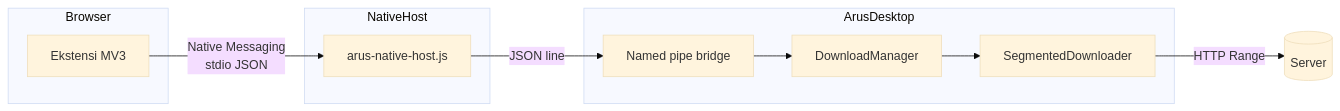
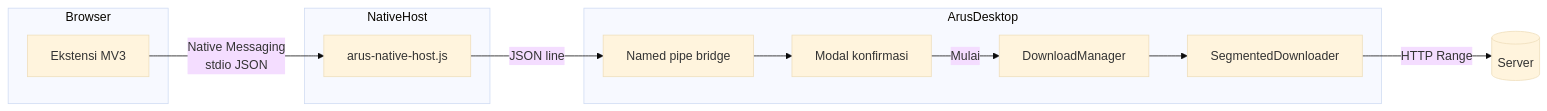
One commit to wahid2511/arus changed the diagram in README.md. Above: the diagram before and after it, drawn with Mermaid (base theme). The commit also changed other lines of this file and 13 other files, not shown here.

````diff
--- a/README.md
+++ b/README.md
@@ -57,22 +57,24 @@
 ```mermaid
 flowchart LR
   subgraph Browser
     EXT[Ekstensi MV3]
   end
 
   subgraph NativeHost
     HOST[arus-native-host.js]
   end
 
   subgraph ArusDesktop
     PIPE[Named pipe bridge]
+    PROMPT[Modal konfirmasi]
     DM[DownloadManager]
     SD[SegmentedDownloader]
   end
 
   EXT -->|Native Messaging<br/>stdio JSON| HOST
   HOST -->|JSON line| PIPE
-  PIPE --> DM
+  PIPE --> PROMPT
+  PROMPT -->|Mulai| DM
   DM --> SD
   SD -->|HTTP Range| SERVER[(Server)]
 ```
````
